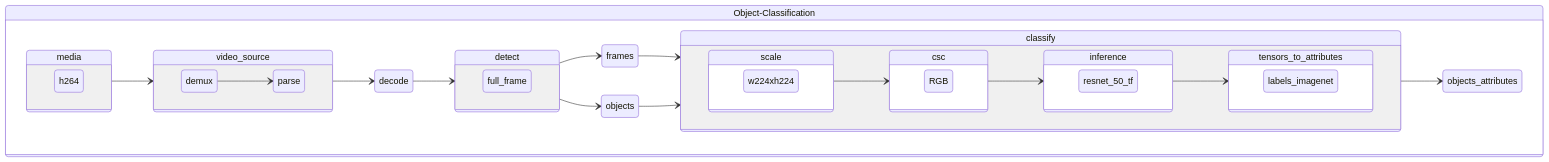
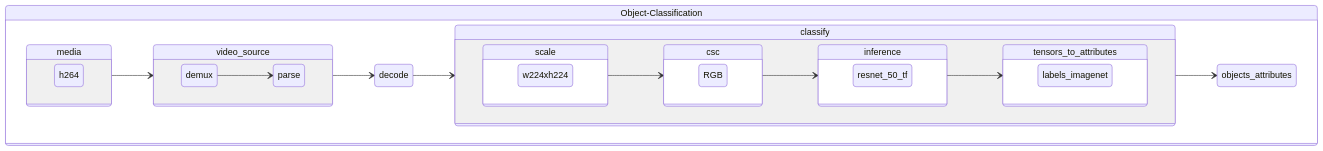
The diagram in pipelines/video/object-classification/oc-h264-full_frame-resnet-50-tf/README.md (dlstreamer/pipeline-zoo), drawn with Mermaid before and after one commit. The commit also changed 173 other files, not shown here.

````diff
--- a/pipelines/video/object-classification/oc-h264-full_frame-resnet-50-tf/README.md
+++ b/pipelines/video/object-classification/oc-h264-full_frame-resnet-50-tf/README.md
@@ -5,55 +5,45 @@
 ```mermaid
 stateDiagram
     direction LR  
     state Object-Classification {
     direction LR
     state media {
 	direction LR
 		h264
     }
 
     state video_source {
 	direction LR
 		demux --> parse 
     }
-frames
-objects
-state detect {
-direction LR
-  full_frame
-}
 state classify {
 direction LR
     state scale {
 	direction LR
       w224xh224
     }
     state csc {
 	direction LR
     RGB
     }
 
     state inference {
 	direction LR
     resnet_50_tf
     }
 
     state tensors_to_attributes {
 	direction LR
     labels_imagenet
     }
 		scale --> csc
 		csc --> inference
 		inference --> tensors_to_attributes
     }
     
     media --> video_source
     video_source --> decode
-    decode --> detect
-	detect --> objects
-	detect --> frames
-	frames --> classify
-	objects --> classify
+    decode --> classify
     classify --> objects_attributes
 } 
 ```
````
